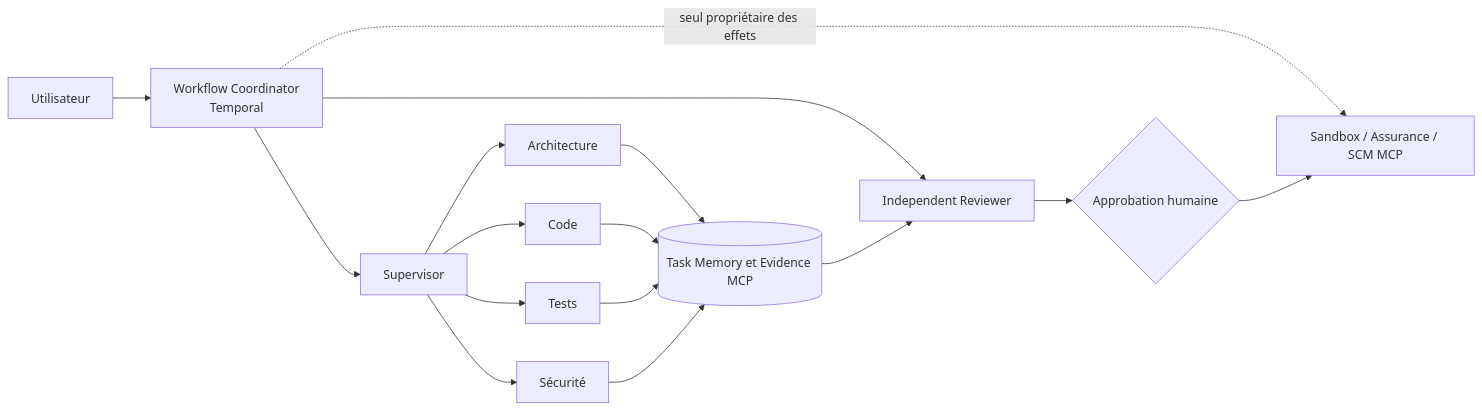
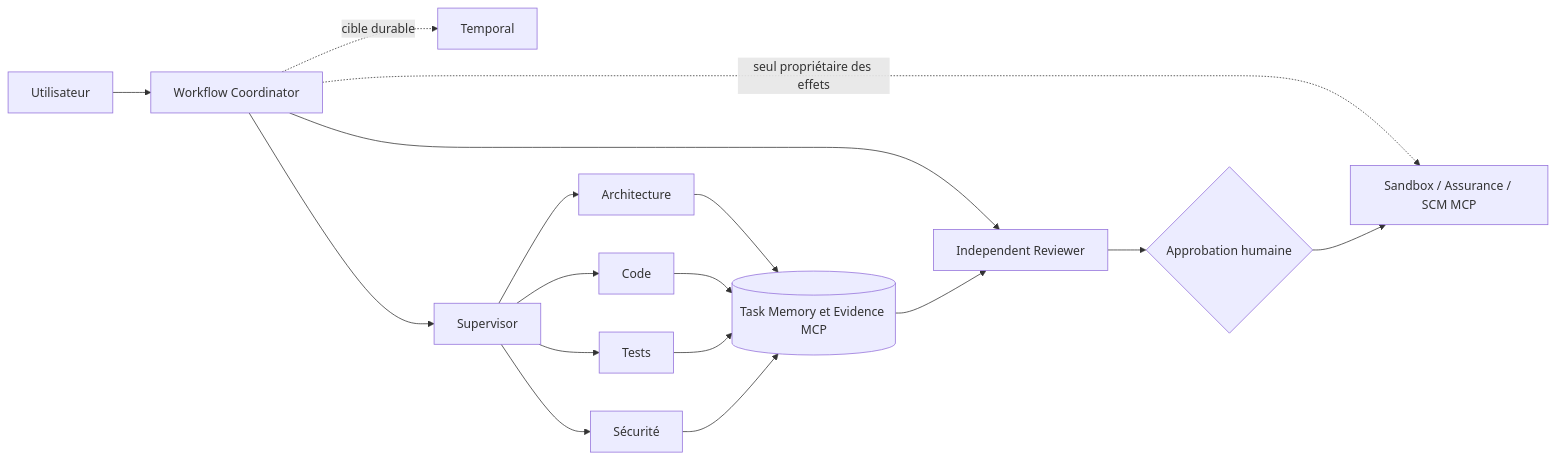
Before and after one commit to dbeaumont/ai-software-factory-local: the first of 4 diagrams in README.md, drawn with Mermaid. The commit also changed other lines of this file and 33 other files, not shown here.

````diff
--- a/README.md
+++ b/README.md
@@ -54,18 +71,19 @@
 ```mermaid
 flowchart LR
-  U[Utilisateur] --> W[Workflow Coordinator\nTemporal]
+  U[Utilisateur] --> W[Workflow Coordinator]
+  W -. cible durable .-> TP[Temporal]
   W --> S[Supervisor]
   S --> A[Architecture]
   S --> C[Code]
   S --> T[Tests]
   S --> X[Sécurité]
   W --> R[Independent Reviewer]
   A --> M[(Task Memory et Evidence MCP)]
   C --> M
   T --> M
   X --> M
   M --> R
   W -. seul propriétaire des effets .-> G[Sandbox / Assurance / SCM MCP]
   R --> H{Approbation humaine}
   H --> G
 ```
````
